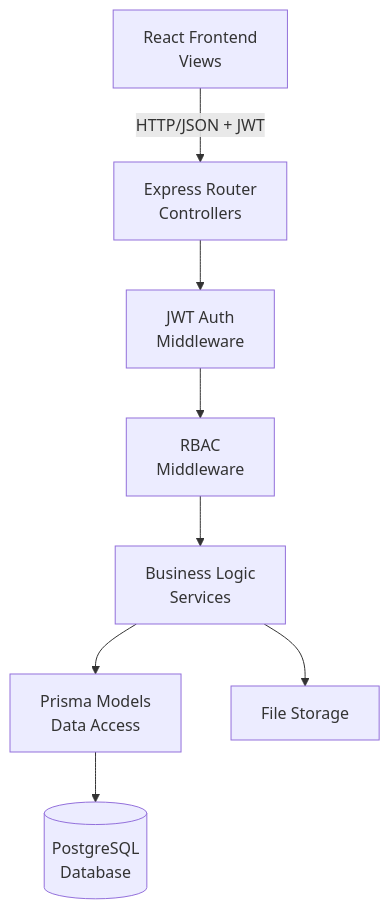
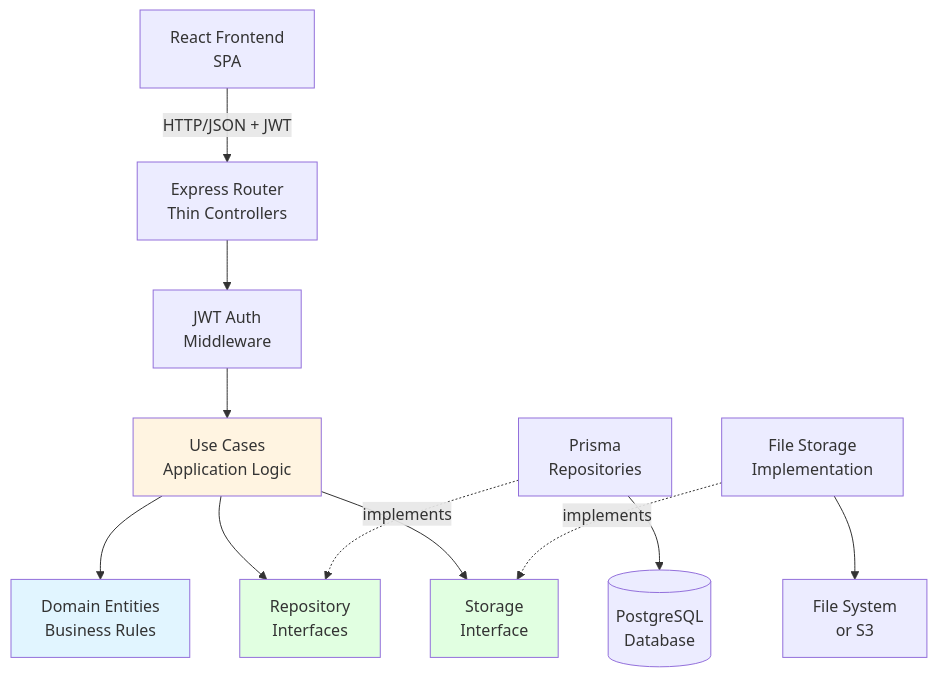
The second of 3 diagrams in .kiro/specs/core-lms/design.md (JoelSiahaan/Specify), drawn with Mermaid before and after one commit. The commit also changed other lines of this file, not shown here.

Commit message:
refactor: change design into clean architecture

````diff
--- a/.kiro/specs/core-lms/design.md
+++ b/.kiro/specs/core-lms/design.md
@@ -30,19 +107,30 @@
 ```mermaid
 graph TB
-    Client[React Frontend<br/>Views]
-    Router[Express Router<br/>Controllers]
+    Client[React Frontend<br/>SPA]
+    Router[Express Router<br/>Thin Controllers]
     Auth[JWT Auth<br/>Middleware]
-    RBAC[RBAC<br/>Middleware]
-    Services[Business Logic<br/>Services]
-    Models[Prisma Models<br/>Data Access]
+    UseCases[Use Cases<br/>Application Logic]
+    Entities[Domain Entities<br/>Business Rules]
+    Repos[Repository<br/>Interfaces]
+    RepoImpl[Prisma<br/>Repositories]
+    Storage[Storage<br/>Interface]
+    StorageImpl[File Storage<br/>Implementation]
     DB[(PostgreSQL<br/>Database)]
-    FS[File Storage]
+    FS[File System<br/>or S3]
     
     Client -->|HTTP/JSON + JWT| Router
     Router --> Auth
-    Auth --> RBAC
-    RBAC --> Services
-    Services --> Models
-    Models --> DB
-    Services --> FS
+    Auth --> UseCases
+    UseCases --> Entities
+    UseCases --> Repos
+    UseCases --> Storage
+    RepoImpl -.implements.-> Repos
+    StorageImpl -.implements.-> Storage
+    RepoImpl --> DB
+    StorageImpl --> FS
+    
+    style Entities fill:#e1f5ff
+    style UseCases fill:#fff4e1
+    style Repos fill:#e1ffe1
+    style Storage fill:#e1ffe1
 ```
````
